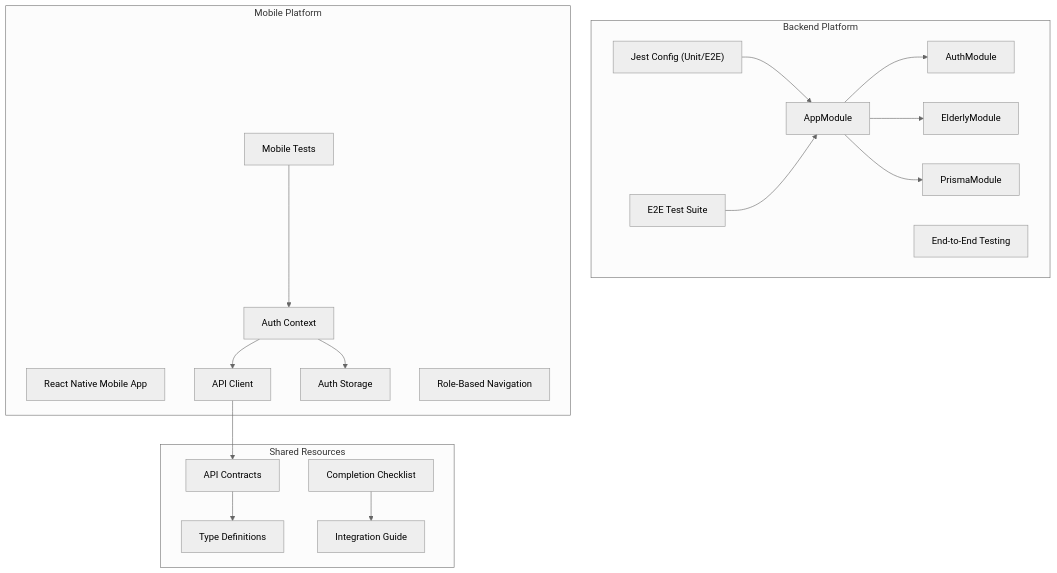
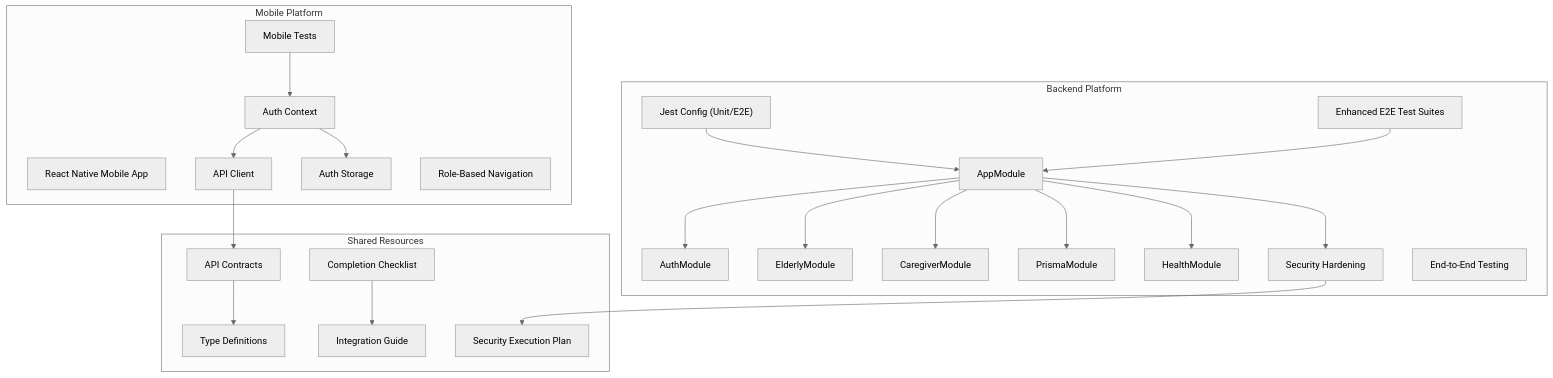
Before and after one commit to jairosouza67/99-Pai: the first of 18 diagrams in .qoder/repowiki/en/content/Testing & Deployment.md, drawn with Mermaid (neutral theme). The commit also changed other lines of this file and 4 other files, not shown here.

Commit message:
docs: update repository wiki metadata and architecture notes

````diff
--- a/.qoder/repowiki/en/content/Testing & Deployment.md
+++ b/.qoder/repowiki/en/content/Testing & Deployment.md
@@ -66,37 +75,45 @@
 ```mermaid
 graph TB
 subgraph "Backend Platform"
 AppModule["AppModule"]
 AuthModule["AuthModule"]
 ElderlyModule["ElderlyModule"]
+CaregiverModule["CaregiverModule"]
 PrismaModule["PrismaModule"]
+HealthModule["HealthModule"]
+Security["Security Hardening"]
 TestConfig["Jest Config (Unit/E2E)"]
-E2ETest["E2E Test Suite"]
+E2ETest["Enhanced E2E Test Suites"]
 EndToEnd["End-to-End Testing"]
 end
 subgraph "Mobile Platform"
 MobileApp["React Native Mobile App"]
 AuthProvider["Auth Context"]
 APIClient["API Client"]
 StorageLayer["Auth Storage"]
 Navigation["Role-Based Navigation"]
 MobileTests["Mobile Tests"]
 end
 subgraph "Shared Resources"
 APIContracts["API Contracts"]
 TypeDefinitions["Type Definitions"]
 CompletionChecklist["Completion Checklist"]
 IntegrationGuide["Integration Guide"]
+SecurityPlan["Security Execution Plan"]
 end
 AppModule --> AuthModule
 AppModule --> ElderlyModule
+AppModule --> CaregiverModule
 AppModule --> PrismaModule
+AppModule --> HealthModule
+AppModule --> Security
 TestConfig --> AppModule
 E2ETest --> AppModule
+Security --> SecurityPlan
 AuthProvider --> APIClient
 AuthProvider --> StorageLayer
 APIClient --> APIContracts
 MobileTests --> AuthProvider
 APIContracts --> TypeDefinitions
 CompletionChecklist --> IntegrationGuide
 ```
````
